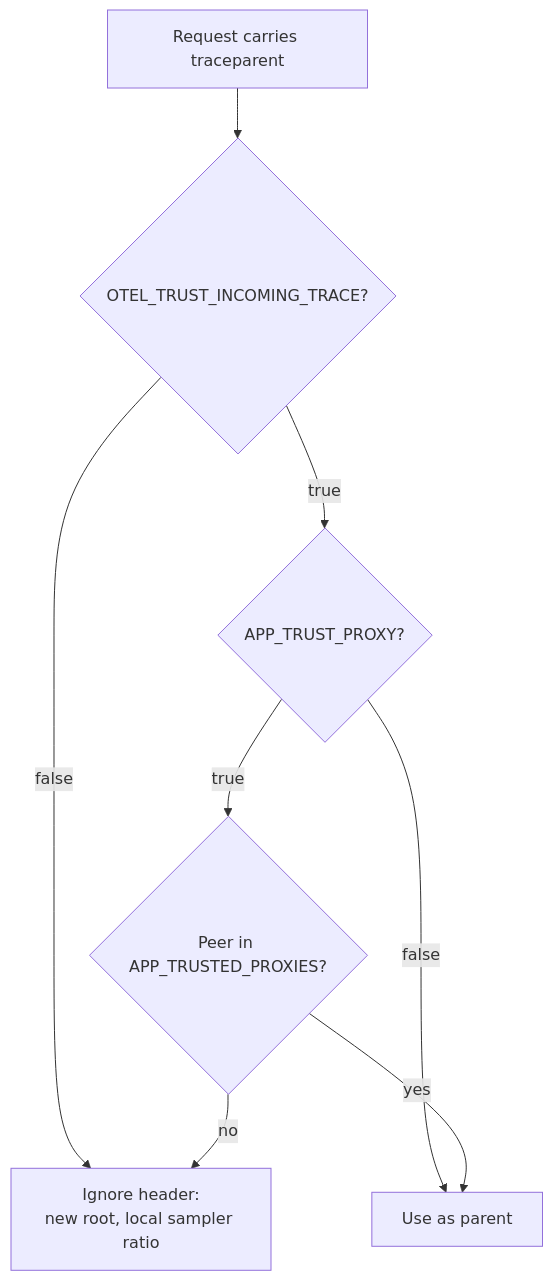
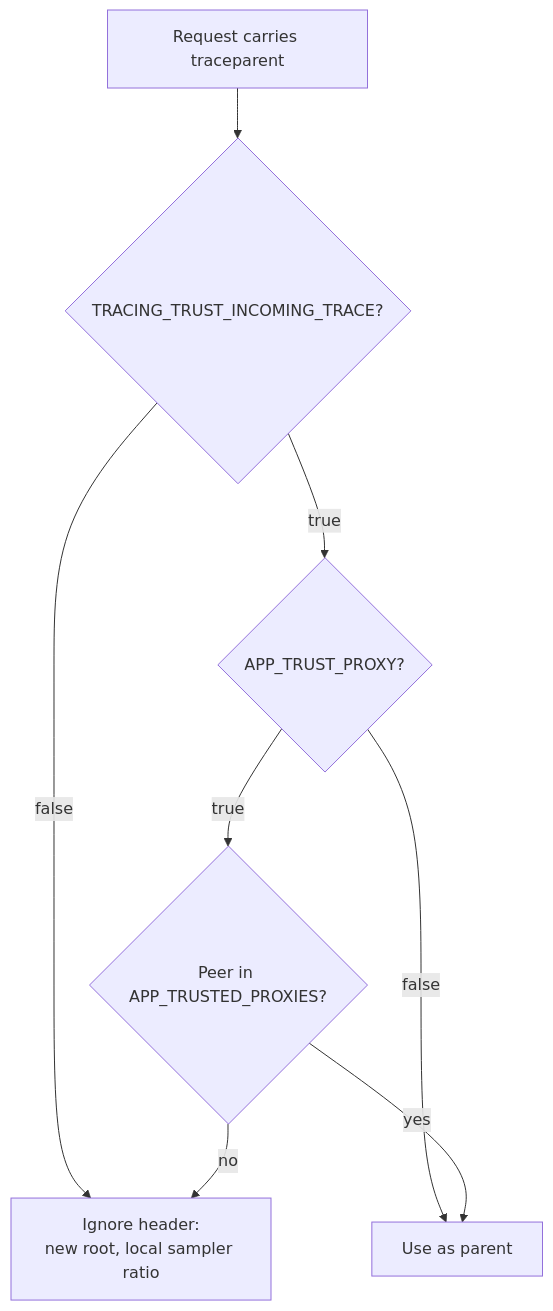
The second of 2 diagrams in docs/tracing.md (chuanghiduoc/fiber-golang-boilerplate), drawn with Mermaid before and after one commit. The commit also changed other lines of this file and 911 other files, not shown here.

````diff
--- a/docs/tracing.md
+++ b/docs/tracing.md
@@ -110,10 +126,10 @@
 ```mermaid
 flowchart TD
-    A[Request carries traceparent] --> B{OTEL_TRUST_INCOMING_TRACE?}
+    A[Request carries traceparent] --> B{TRACING_TRUST_INCOMING_TRACE?}
     B -->|false| R[Ignore header:<br/>new root, local sampler ratio]
     B -->|true| C{APP_TRUST_PROXY?}
     C -->|false| P[Use as parent]
     C -->|true| D{Peer in APP_TRUSTED_PROXIES?}
     D -->|yes| P
     D -->|no| R
 ```
````
